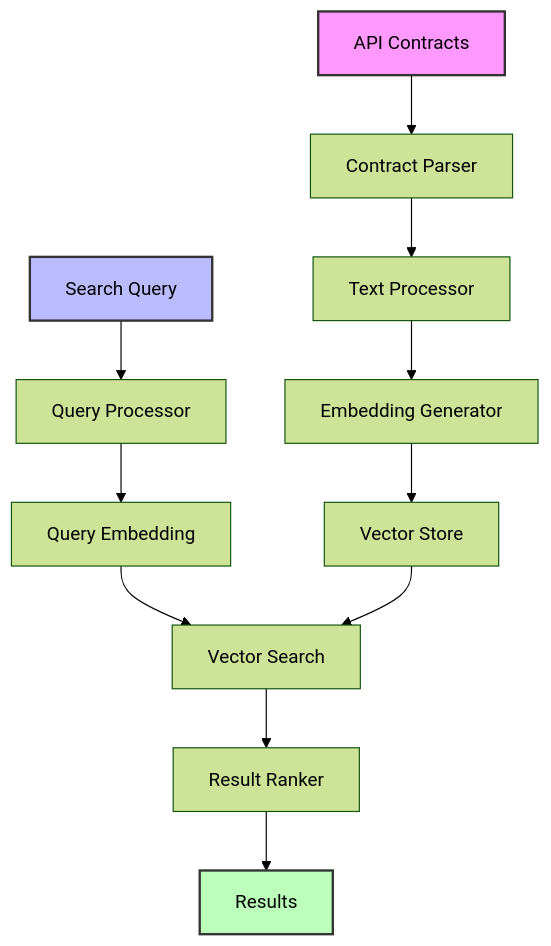
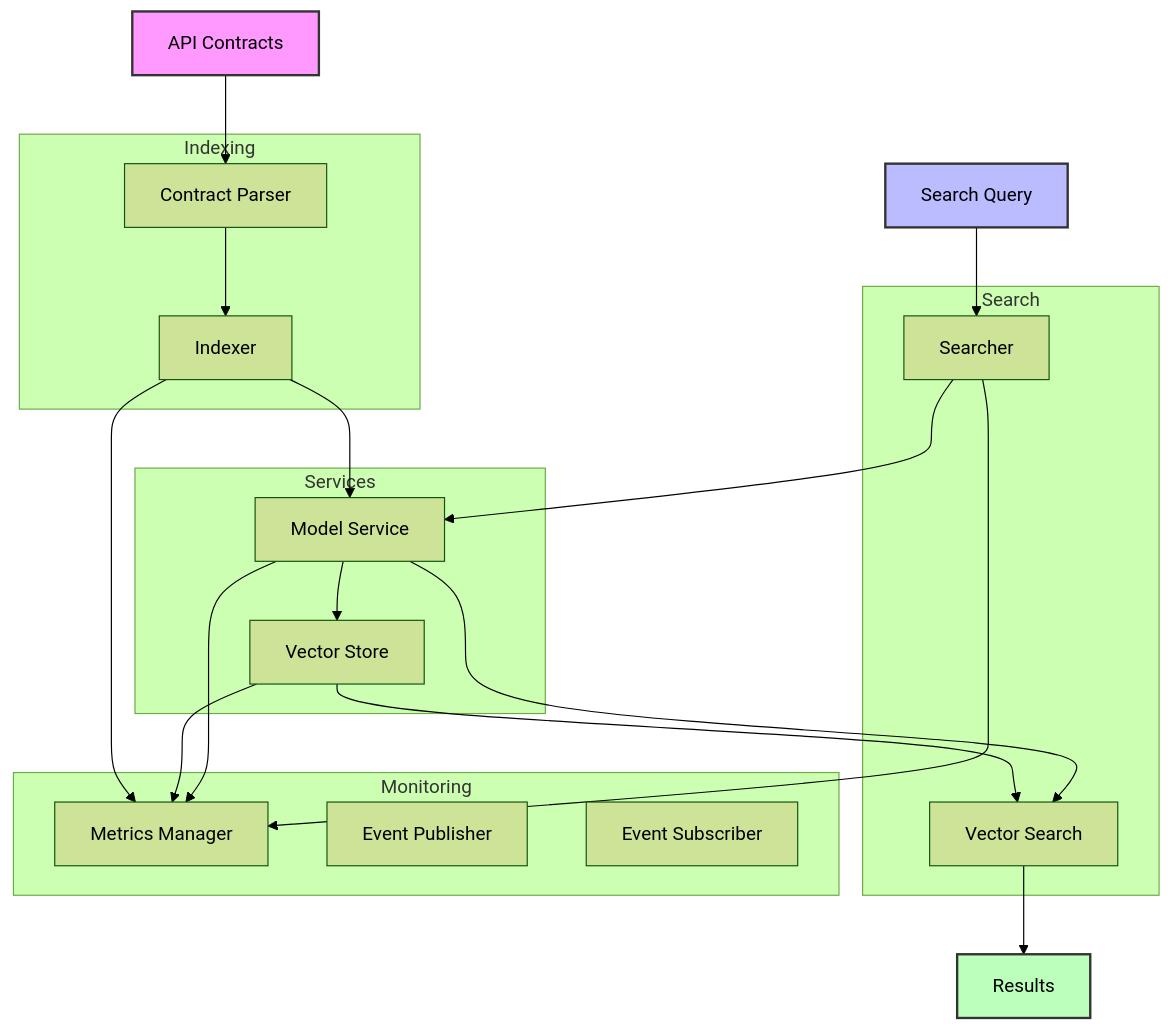
One commit to felipepimentel/plexure-api-search changed the first of 3 diagrams in README.md. Above: the diagram before and after it, drawn with Mermaid (forest theme). The commit also changed other lines of this file and 6 other files, not shown here.

````diff
--- a/README.md
+++ b/README.md
@@ -22,17 +24,42 @@
 ```mermaid
 graph TD
     A[API Contracts] --> B[Contract Parser]
-    B --> C[Text Processor]
-    C --> D[Embedding Generator]
+    B --> C[Indexer]
+    C --> D[Model Service]
     D --> E[Vector Store]
-    F[Search Query] --> G[Query Processor]
-    G --> H[Query Embedding]
-    H --> I[Vector Search]
-    E --> I
-    I --> J[Result Ranker]
-    J --> K[Results]
+    F[Search Query] --> G[Searcher]
+    G --> D
+    D --> H[Vector Search]
+    E --> H
+    H --> I[Results]
+
+    subgraph Services
+        D
+        E
+    end
+
+    subgraph Indexing
+        B
+        C
+    end
+
+    subgraph Search
+        G
+        H
+    end
+
+    subgraph Monitoring
+        M[Metrics Manager]
+        P[Event Publisher]
+        S[Event Subscriber]
+    end
+
+    D --> M
+    E --> M
+    G --> M
+    C --> M
 
     style A fill:#f9f,stroke:#333,stroke-width:2px
     style F fill:#bbf,stroke:#333,stroke-width:2px
-    style K fill:#bfb,stroke:#333,stroke-width:2px
+    style I fill:#bfb,stroke:#333,stroke-width:2px
 ```
````
